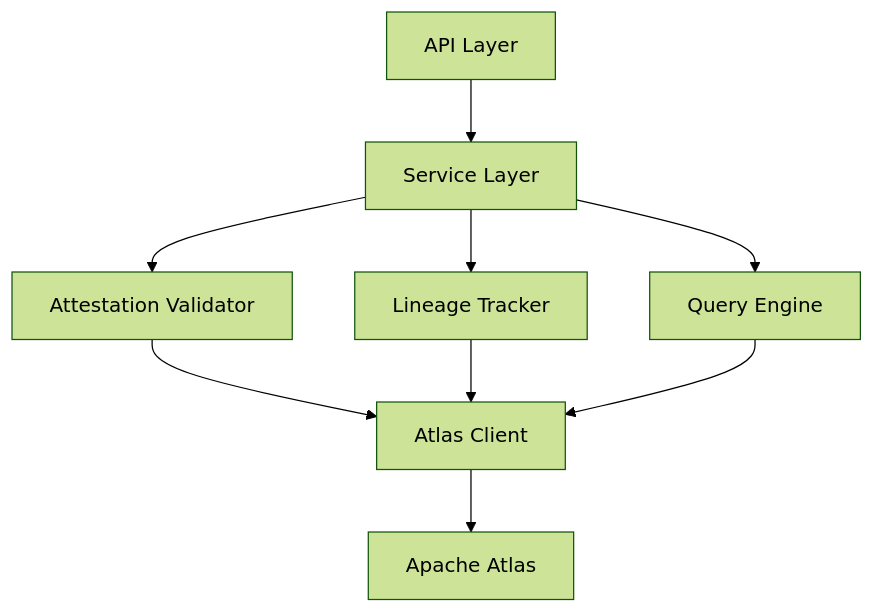
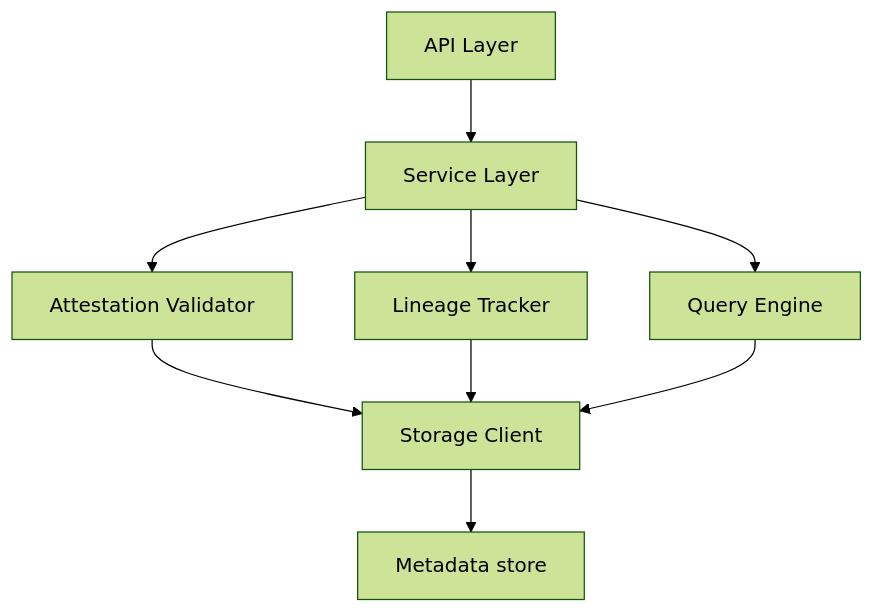
Before and after one commit to apache/sourcelume-site: the second of 2 diagrams in content/pages/registry.md, drawn with Mermaid (forest theme). The commit also changed other lines of this file and 2 other files, not shown here.

First line of the commit message:
Update registry docs for pluggable storage backends (#14)

````diff
--- a/content/pages/registry.md
+++ b/content/pages/registry.md
@@ -87,11 +92,11 @@
 ```mermaid
 graph TD
     A[API Layer] --> B[Service Layer]
     B --> C[Attestation Validator]
     B --> D[Lineage Tracker]
     B --> E[Query Engine]
-    C --> F[Atlas Client]
+    C --> F[Storage Client]
     D --> F
     E --> F
-    F --> G[Apache Atlas]
+    F --> G[Metadata store]
 ```
````
